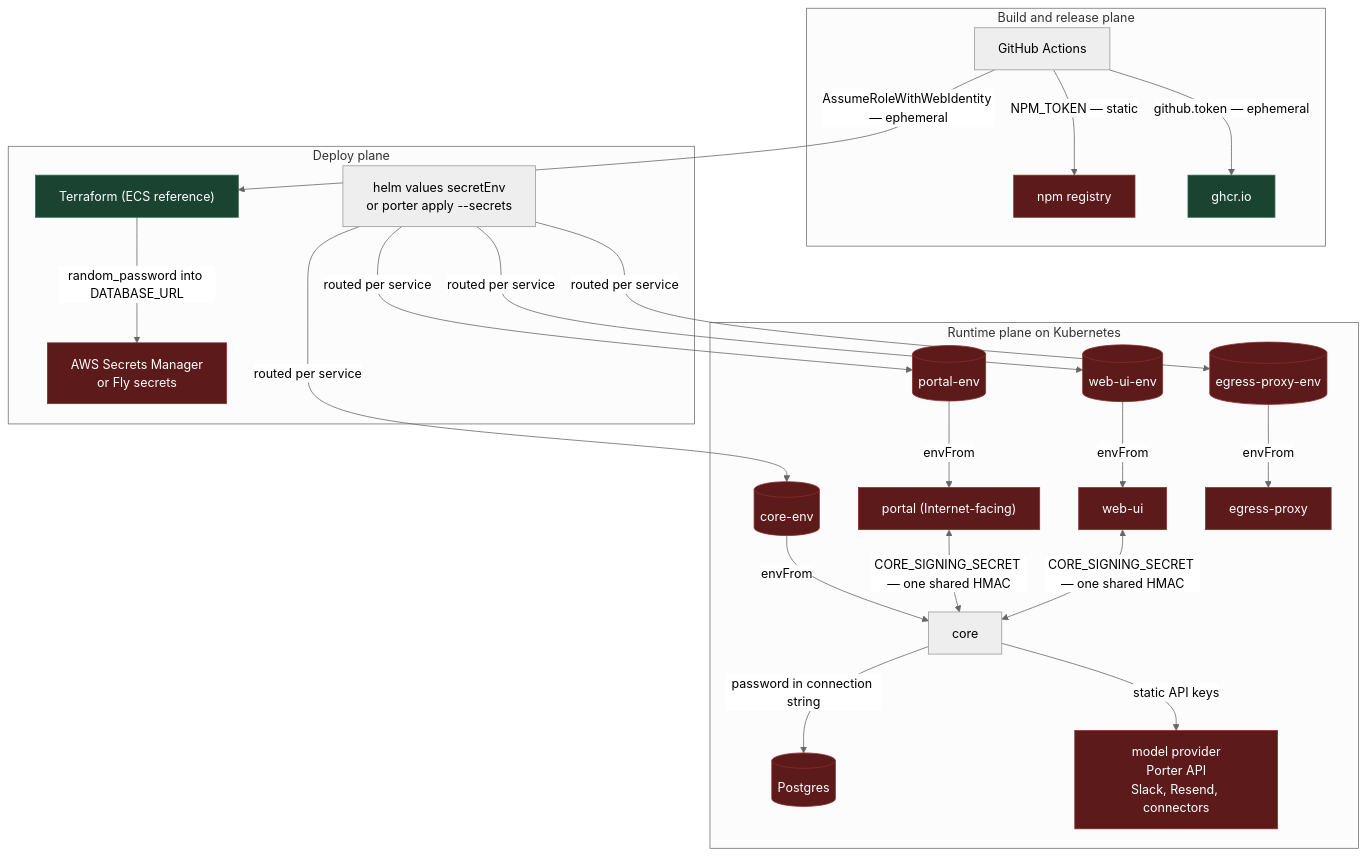
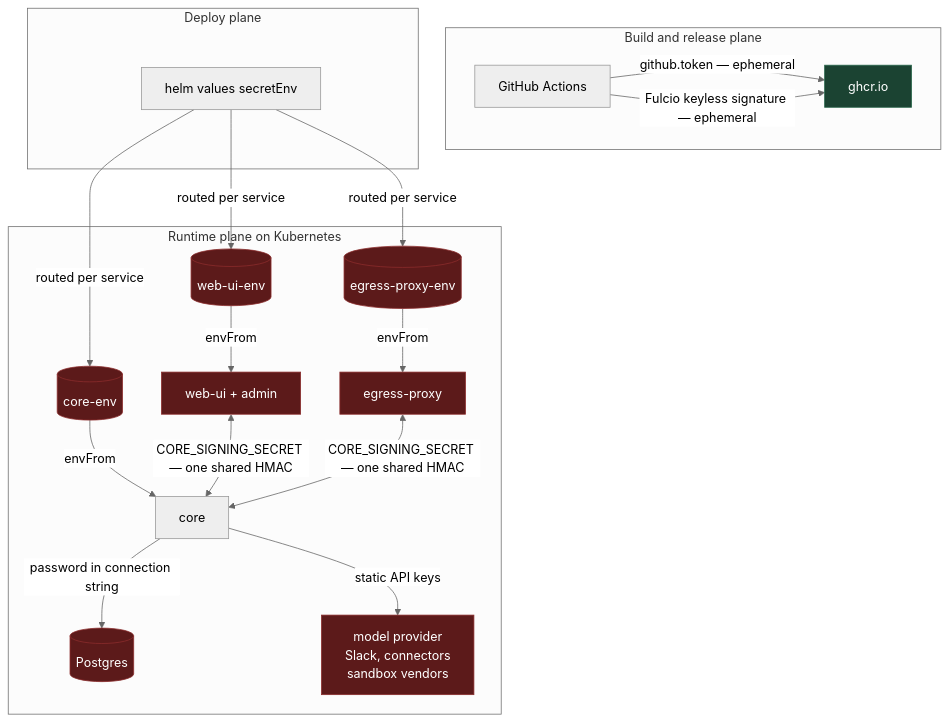
One commit to agentsky/qm changed the first of 5 diagrams in docs/secretless.md. Above: the diagram before and after it, drawn with Mermaid (neutral theme). The commit also changed other lines of this file and 421 other files, not shown here.

First line of the commit message:
Remove the Fly, AWS, and Porter deployment paths and the qm CLI

````diff
--- a/docs/secretless.md
+++ b/docs/secretless.md
@@ -87,49 +85,40 @@
 ```mermaid
 graph TB
   subgraph Build["Build and release plane"]
     GHA["GitHub Actions"]
-    NPM["npm registry"]
     GHCR["ghcr.io"]
   end
 
   subgraph Deploy["Deploy plane"]
-    Helm["helm values secretEnv<br/>or porter apply --secrets"]
-    TF["Terraform (ECS reference)"]
-    SM["AWS Secrets Manager<br/>or Fly secrets"]
+    Helm["helm values secretEnv"]
   end
 
   subgraph Runtime["Runtime plane on Kubernetes"]
     SecC[("core-env")]
-    SecP[("portal-env")]
     SecW[("web-ui-env")]
     SecE[("egress-proxy-env")]
     Core["core"]
-    Portal["portal (Internet-facing)"]
-    Web["web-ui"]
+    Web["web-ui + admin"]
     Egress["egress-proxy"]
     PG[("Postgres")]
-    Vendors["model provider<br/>Porter API<br/>Slack, Resend, connectors"]
+    Vendors["model provider<br/>Slack, connectors<br/>sandbox vendors"]
   end
 
   GHA -->|"github.token — ephemeral"| GHCR
-  GHA -->|"NPM_TOKEN — static"| NPM
-  GHA -->|"AssumeRoleWithWebIdentity — ephemeral"| TF
-  TF -->|"random_password into DATABASE_URL"| SM
-    Helm -->|"routed per service"| SecC
-  Helm -->|"routed per service"| SecP
+  GHA -->|"Fulcio keyless signature — ephemeral"| GHCR
+  Helm -->|"routed per service"| SecC
   Helm -->|"routed per service"| SecW
   Helm -->|"routed per service"| SecE
   SecC -->|"envFrom"| Core
-  SecP -->|"envFrom"| Portal
   SecW -->|"envFrom"| Web
   SecE -->|"envFrom"| Egress
-  Portal <-->|"CORE_SIGNING_SECRET — one shared HMAC"| Core
   Web <-->|"CORE_SIGNING_SECRET — one shared HMAC"| Core
+  Egress <-->|"CORE_SIGNING_SECRET — one shared HMAC"| Core
   Core -->|"password in connection string"| PG
   Core -->|"static API keys"| Vendors
 
   classDef good fill:#1b4332,stroke:#2d6a4f,color:#fff
   classDef bad fill:#5c1a1a,stroke:#8b2c2c,color:#fff
-  class GHCR,TF good
-  class NPM,SM,SecC,SecP,SecW,SecE,PG,Vendors,Portal,Web,Egress bad
+  class GHCR good
+  class SecC,SecW,SecE,PG,Vendors,Web,Egress bad
 ```
````
